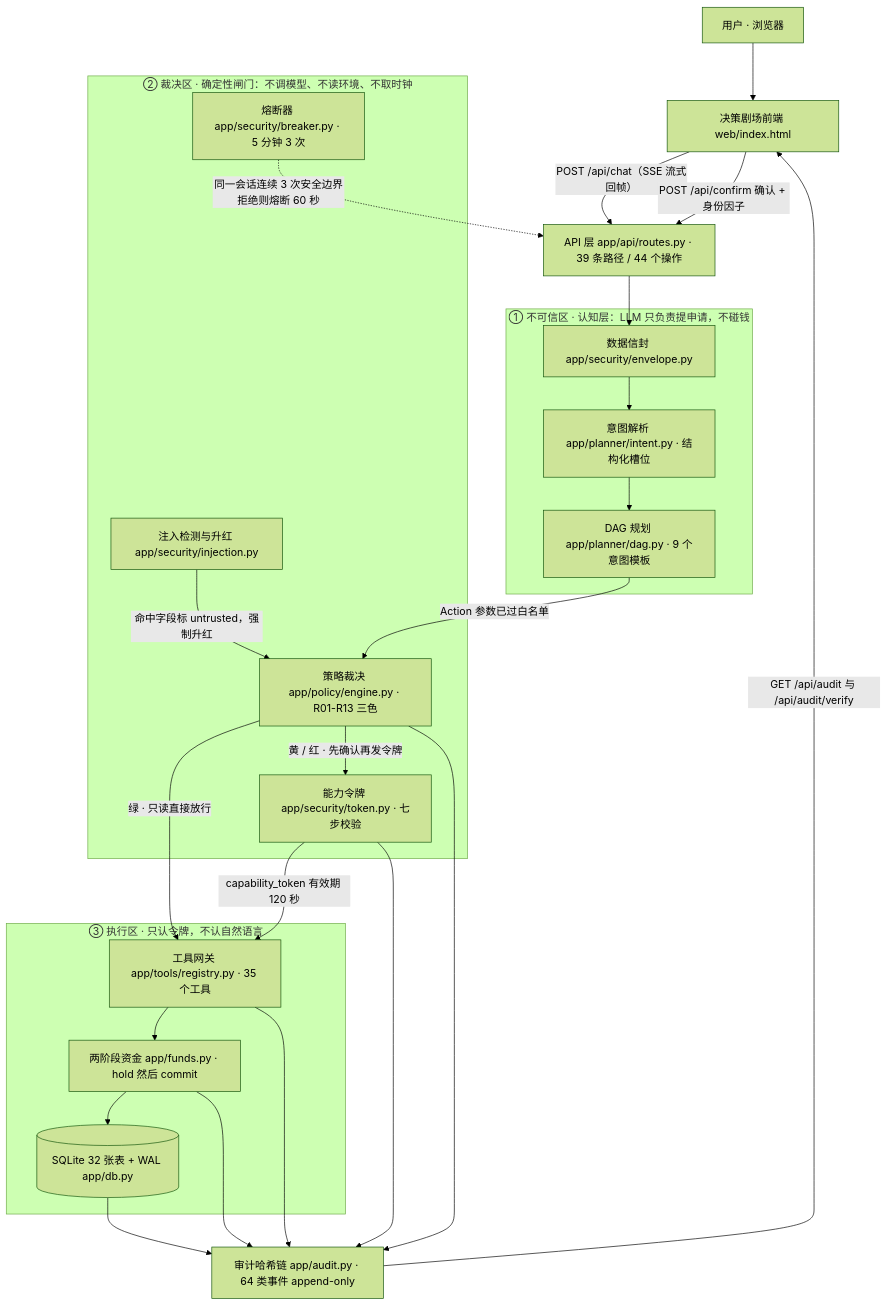
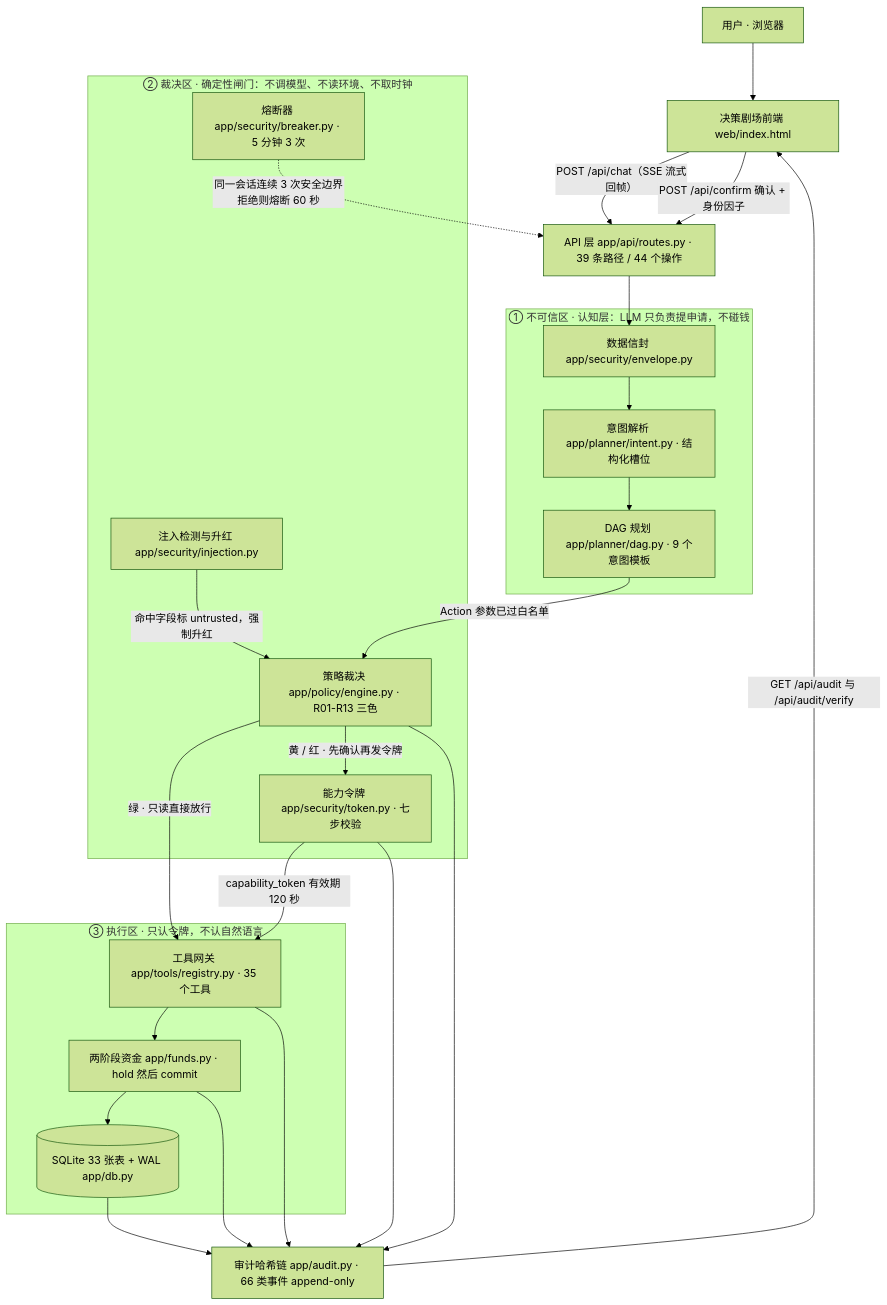
One commit to peng6yu/banking-agent changed the first of 2 diagrams in docs/技术文档.md. Above: the diagram before and after it, drawn with Mermaid (forest theme). The commit also changed other lines of this file and 41 other files, not shown here.

````diff
--- a/docs/技术文档.md
+++ b/docs/技术文档.md
@@ -56,42 +56,42 @@
 ```mermaid
 flowchart TD
     U["用户 · 浏览器"] --> FE["决策剧场前端 web/index.html"]
     FE -->|"POST /api/chat（SSE 流式回帧）"| API["API 层 app/api/routes.py · 39 条路径 / 44 个操作"]
     FE -->|"POST /api/confirm 确认 + 身份因子"| API
 
     subgraph L1["① 不可信区 · 认知层：LLM 只负责提申请，不碰钱"]
         ENV["数据信封 app/security/envelope.py"]
         INT["意图解析 app/planner/intent.py · 结构化槽位"]
         DAG["DAG 规划 app/planner/dag.py · 9 个意图模板"]
     end
 
     subgraph L2["② 裁决区 · 确定性闸门：不调模型、不读环境、不取时钟"]
         INJ["注入检测与升红 app/security/injection.py"]
         PE["策略裁决 app/policy/engine.py · R01-R13 三色"]
         TK["能力令牌 app/security/token.py · 七步校验"]
         BRK["熔断器 app/security/breaker.py · 5 分钟 3 次"]
     end
 
     subgraph L3["③ 执行区 · 只认令牌，不认自然语言"]
         REG["工具网关 app/tools/registry.py · 35 个工具"]
         FND["两阶段资金 app/funds.py · hold 然后 commit"]
-        DB[("SQLite 32 张表 + WAL app/db.py")]
+        DB[("SQLite 33 张表 + WAL app/db.py")]
     end
 
-    AUD["审计哈希链 app/audit.py · 64 类事件 append-only"]
+    AUD["审计哈希链 app/audit.py · 66 类事件 append-only"]
 
     API --> ENV --> INT --> DAG
     DAG -->|"Action 参数已过白名单"| PE
     INJ -->|"命中字段标 untrusted，强制升红"| PE
     PE -->|"绿 · 只读直接放行"| REG
     PE -->|"黄 / 红 · 先确认再发令牌"| TK
     TK -->|"capability_token 有效期 120 秒"| REG
     BRK -.->|"同一会话连续 3 次安全边界拒绝则熔断 60 秒"| API
     REG --> FND --> DB
     REG --> AUD
     FND --> AUD
     PE --> AUD
     TK --> AUD
     DB --> AUD
     AUD -->|"GET /api/audit 与 /api/audit/verify"| FE
 ```
````
